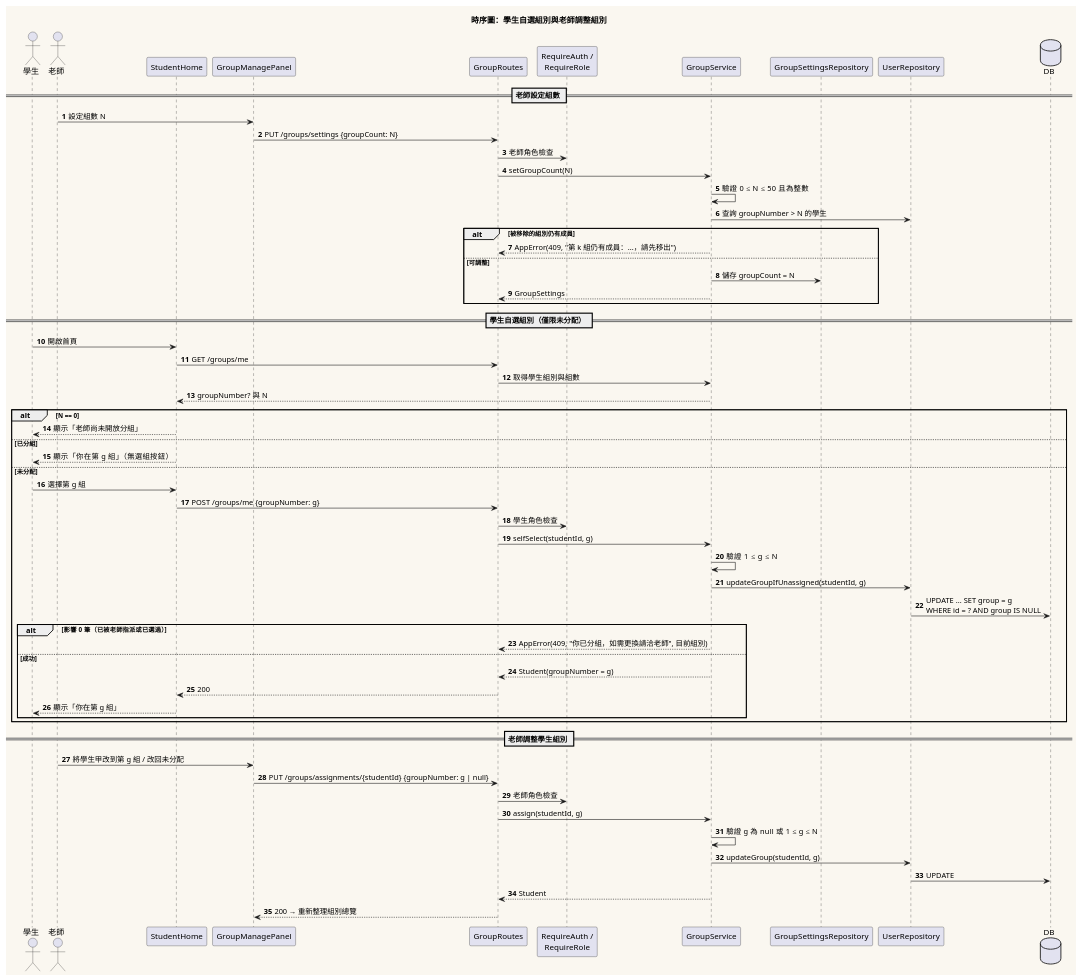
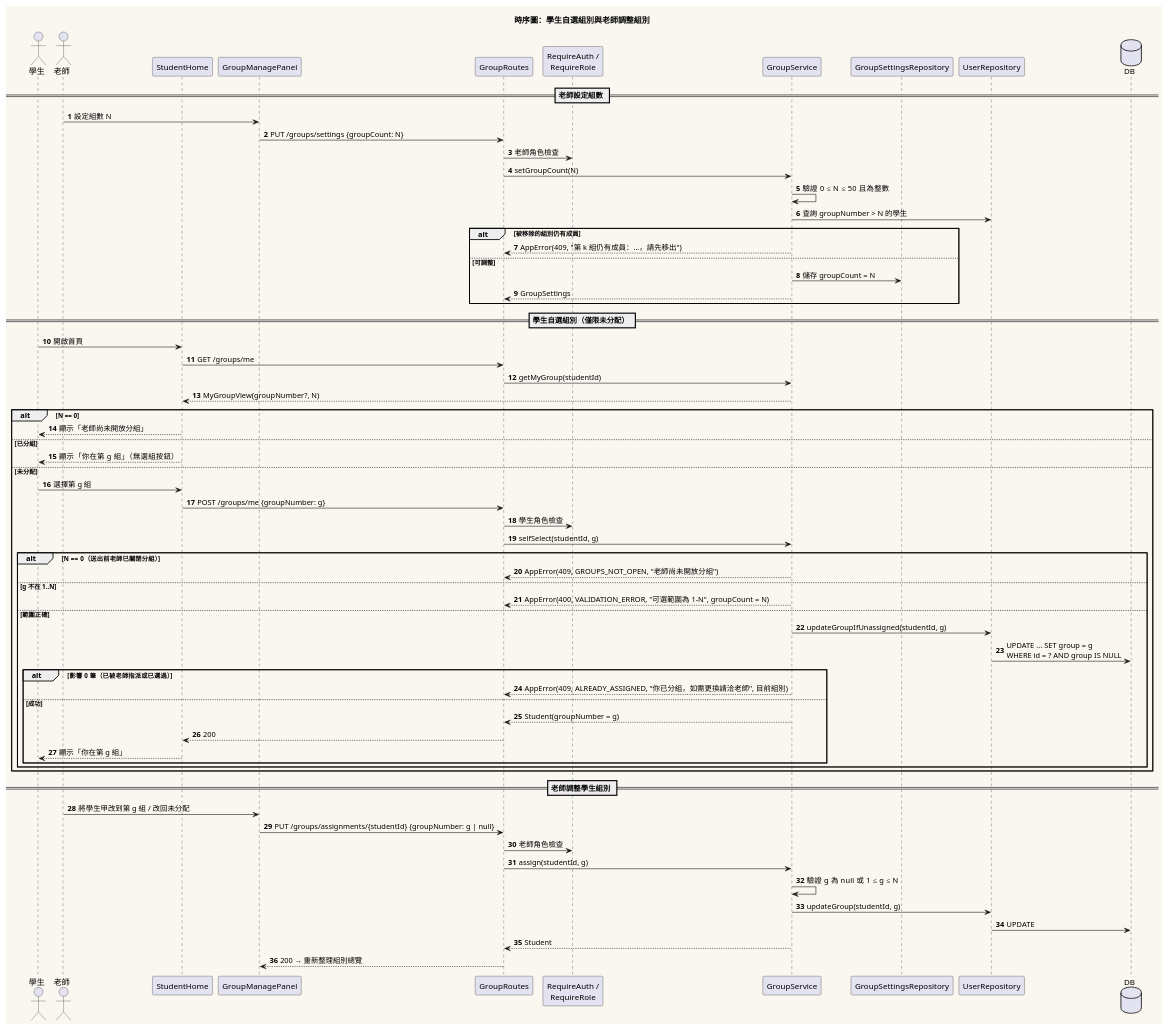
The diagram in diagrams/001-sequence-group.puml (Ennn-1023/SE_project), drawn with PlantUML before and after one commit. The commit also changed 12 other files, not shown here.

```diff
--- a/diagrams/001-sequence-group.puml
+++ b/diagrams/001-sequence-group.puml
@@ -1,69 +1,74 @@
 @startuml 001-sequence-group
 title 時序圖：學生自選組別與老師調整組別
 
 skinparam backgroundColor #FAF7F0
 skinparam shadowing false
 autonumber
 
 actor "學生" as S
 actor "老師" as T
 participant "StudentHome" as SH
 participant "GroupManagePanel" as GM
 participant "GroupRoutes" as R
 participant "RequireAuth /\nRequireRole" as G
 participant "GroupService" as GS
 participant "GroupSettingsRepository" as GR
 participant "UserRepository" as UR
 database "DB" as DB
 
 == 老師設定組數 ==
 T -> GM : 設定組數 N
 GM -> R : PUT /groups/settings {groupCount: N}
 R -> G : 老師角色檢查
 R -> GS : setGroupCount(N)
 GS -> GS : 驗證 0 ≤ N ≤ 50 且為整數
 GS -> UR : 查詢 groupNumber > N 的學生
 alt 被移除的組別仍有成員
   GS --> R : AppError(409, "第 k 組仍有成員：...，請先移出")
 else 可調整
   GS -> GR : 儲存 groupCount = N
   GS --> R : GroupSettings
 end
 
 == 學生自選組別（僅限未分配） ==
 S -> SH : 開啟首頁
 SH -> R : GET /groups/me
-R -> GS : 取得學生組別與組數
-GS --> SH : groupNumber? 與 N
+R -> GS : getMyGroup(studentId)
+GS --> SH : MyGroupView(groupNumber?, N)
 alt N == 0
   SH --> S : 顯示「老師尚未開放分組」
 else 已分組
   SH --> S : 顯示「你在第 g 組」（無選組按鈕）
 else 未分配
   S -> SH : 選擇第 g 組
   SH -> R : POST /groups/me {groupNumber: g}
   R -> G : 學生角色檢查
   R -> GS : selfSelect(studentId, g)
-  GS -> GS : 驗證 1 ≤ g ≤ N
-  GS -> UR : updateGroupIfUnassigned(studentId, g)
-  UR -> DB : UPDATE ... SET group = g\nWHERE id = ? AND group IS NULL
-  alt 影響 0 筆（已被老師指派或已選過）
-    GS --> R : AppError(409, "你已分組，如需更換請洽老師", 目前組別)
-  else 成功
-    GS --> R : Student(groupNumber = g)
-    R --> SH : 200
-    SH --> S : 顯示「你在第 g 組」
+  alt N == 0（送出前老師已關閉分組）
+    GS --> R : AppError(409, GROUPS_NOT_OPEN, "老師尚未開放分組")
+  else g 不在 1..N
+    GS --> R : AppError(400, VALIDATION_ERROR, "可選範圍為 1–N", groupCount = N)
+  else 範圍正確
+    GS -> UR : updateGroupIfUnassigned(studentId, g)
+    UR -> DB : UPDATE ... SET group = g\nWHERE id = ? AND group IS NULL
+    alt 影響 0 筆（已被老師指派或已選過）
+      GS --> R : AppError(409, ALREADY_ASSIGNED, "你已分組，如需更換請洽老師", 目前組別)
+    else 成功
+      GS --> R : Student(groupNumber = g)
+      R --> SH : 200
+      SH --> S : 顯示「你在第 g 組」
+    end
   end
 end
 
 == 老師調整學生組別 ==
 T -> GM : 將學生甲改到第 g 組 / 改回未分配
 GM -> R : PUT /groups/assignments/{studentId} {groupNumber: g | null}
 R -> G : 老師角色檢查
 R -> GS : assign(studentId, g)
 GS -> GS : 驗證 g 為 null 或 1 ≤ g ≤ N
 GS -> UR : updateGroup(studentId, g)
 UR -> DB : UPDATE
 GS --> R : Student
 R --> GM : 200 → 重新整理組別總覽
 @enduml
```
